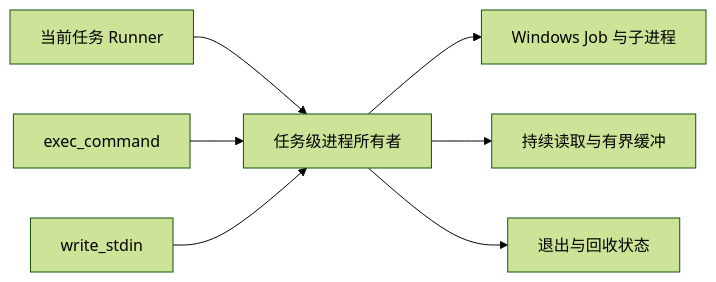
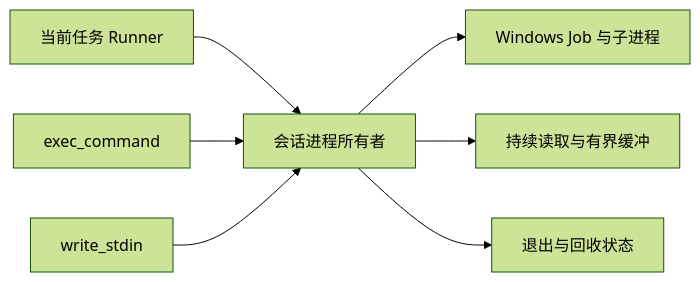
One commit to slc90/Agentelier changed the first of 2 diagrams in docs/design/local-development-tools/02-process-sessions.md. Above: the diagram before and after it, drawn with Mermaid (forest theme). The commit also changed other lines of this file and 24 other files, not shown here.

````diff
--- a/docs/design/local-development-tools/02-process-sessions.md
+++ b/docs/design/local-development-tools/02-process-sessions.md
@@ -11,9 +11,9 @@
 ```mermaid
 flowchart LR
-    R[当前任务 Runner] --> O[任务级进程所有者]
+    R[当前任务 Runner] --> O[会话进程所有者]
     E[exec_command] --> O
     W[write_stdin] --> O
     O --> J[Windows Job 与子进程]
     O --> B[持续读取与有界缓冲]
     O --> S[退出与回收状态]
 ```
````
